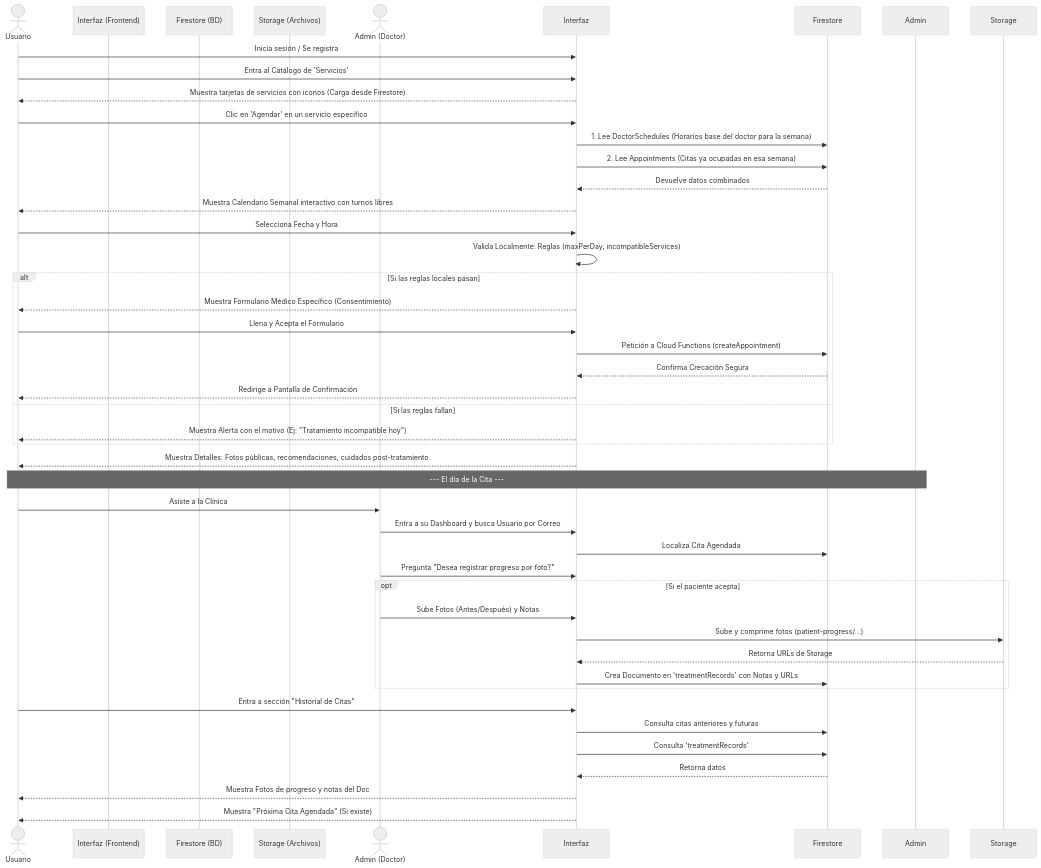
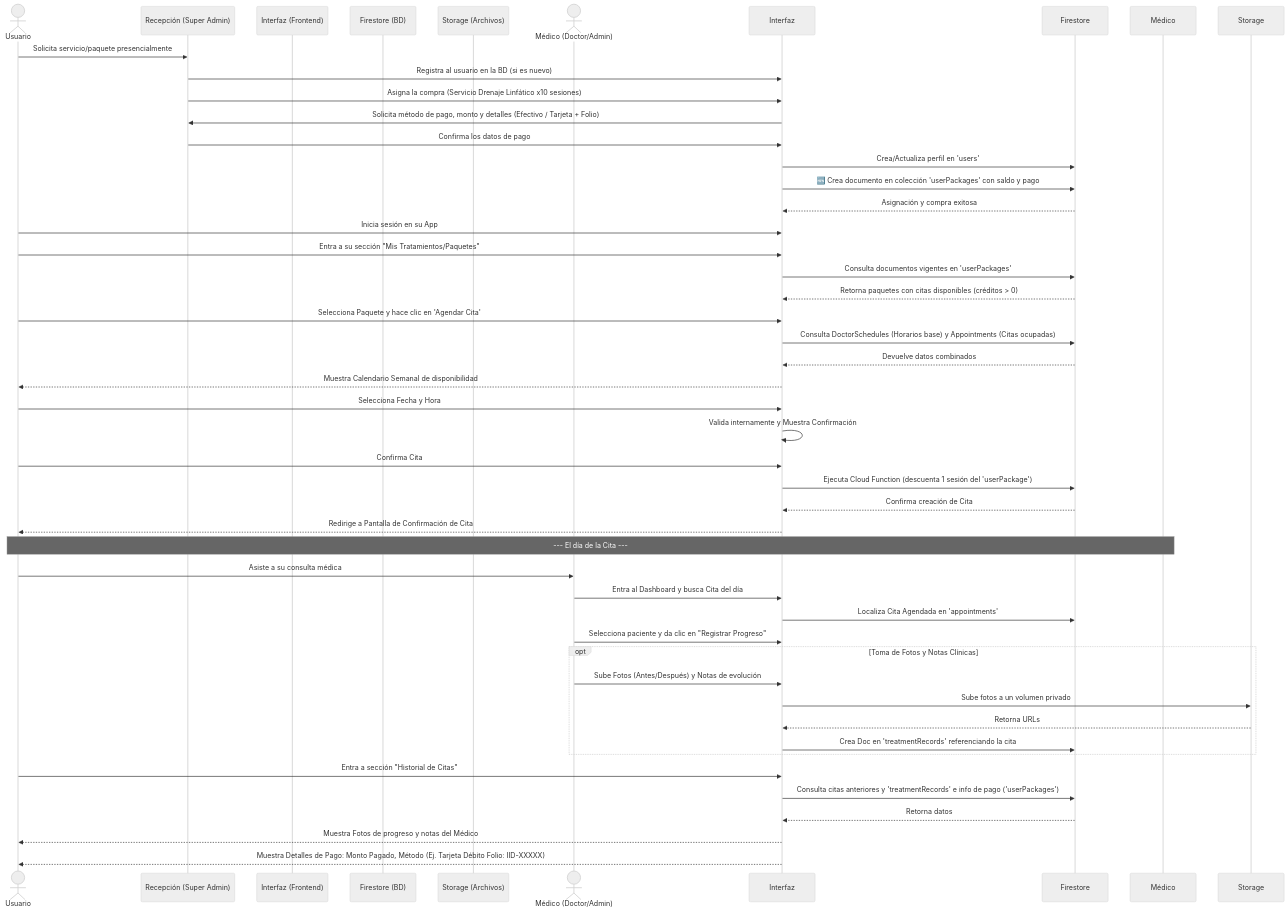
The diagram in Documentacion/flujo_citas_progreso.md (JEmmanuelL/ElanzaApp), drawn with Mermaid (neutral theme) before and after one commit. The commit also changed other lines of this file and 7 other files, not shown here.

````diff
--- a/Documentacion/flujo_citas_progreso.md
+++ b/Documentacion/flujo_citas_progreso.md
@@ -9,61 +47,59 @@
 ```mermaid
 sequenceDiagram
     actor Usuario
+    participant Recepción (Super Admin)
     participant Interfaz (Frontend)
     participant Firestore (BD)
     participant Storage (Archivos)
-    actor Admin (Doctor)
+    actor Médico (Doctor/Admin)
 
-    %% Registro y Selección de Servicio
-    Usuario->>Interfaz: Inicia sesión / Se registra
-    Usuario->>Interfaz: Entra al Catálogo de 'Servicios'
-    Interfaz-->>Usuario: Muestra tarjetas de servicios con iconos (Carga desde Firestore)
-    Usuario->>Interfaz: Clic en 'Agendar' en un servicio específico
+    %% 1. Registro y Compra en Recepción
+    Usuario->>Recepción (Super Admin): Solicita servicio/paquete presencialmente
+    Recepción (Super Admin)->>Interfaz: Registra al usuario en la BD (si es nuevo)
+    Recepción (Super Admin)->>Interfaz: Asigna la compra (Servicio Drenaje Linfático x10 sesiones)
+    Interfaz->>Recepción (Super Admin): Solicita método de pago, monto y detalles (Efectivo / Tarjeta + Folio)
+    Recepción (Super Admin)->>Interfaz: Confirma los datos de pago
+    Interfaz->>Firestore: Crea/Actualiza perfil en 'users'
+    Interfaz->>Firestore: 🆕 Crea documento en colección 'userPackages' con saldo y pago
+    Firestore-->>Interfaz: Asignación y compra exitosa
 
-    %% Visualización de Disponibilidad
-    Interfaz->>Firestore: 1. Lee DoctorSchedules (Horarios base del doctor para la semana)
-    Interfaz->>Firestore: 2. Lee Appointments (Citas ya ocupadas en esa semana)
+    %% 2. Agendamiento por parte del Usuario
+    Usuario->>Interfaz: Inicia sesión en su App
+    Usuario->>Interfaz: Entra a su sección "Mis Tratamientos/Paquetes"
+    Interfaz->>Firestore: Consulta documentos vigentes en 'userPackages'
+    Firestore-->>Interfaz: Retorna paquetes con citas disponibles (créditos > 0)
+    Usuario->>Interfaz: Selecciona Paquete y hace clic en 'Agendar Cita'
+    
+    Interfaz->>Firestore: Consulta DoctorSchedules (Horarios base) y Appointments (Citas ocupadas)
     Firestore-->>Interfaz: Devuelve datos combinados
-    Interfaz-->>Usuario: Muestra Calendario Semanal interactivo con turnos libres
+    Interfaz-->>Usuario: Muestra Calendario Semanal de disponibilidad
+    
+    Usuario->>Interfaz: Selecciona Fecha y Hora
+    Interfaz->>Interfaz: Valida internamente y Muestra Confirmación
+    Usuario->>Interfaz: Confirma Cita
+    Interfaz->>Firestore: Ejecuta Cloud Function (descuenta 1 sesión del 'userPackage')
+    Firestore-->>Interfaz: Confirma creación de Cita
+    Interfaz-->>Usuario: Redirige a Pantalla de Confirmación de Cita 
 
-    %% Selección y Validación
-    Usuario->>Interfaz: Selecciona Fecha y Hora
-    Interfaz->>Interfaz: Valida Localmente: Reglas (maxPerDay, incompatibleServices)
+    %% 3. Atención y Progreso
+    Note over Usuario, Médico: --- El día de la Cita ---
+    Usuario->>Médico (Doctor/Admin): Asiste a su consulta médica
     
-    alt Si las reglas locales pasan
-        Interfaz-->>Usuario: Muestra Formulario Médico Específico (Consentimiento)
-        Usuario->>Interfaz: Llena y Acepta el Formulario
-        Interfaz->>Firestore: Petición a Cloud Functions (createAppointment)
-        Firestore-->>Interfaz: Confirma Crecación Segura
-        Interfaz-->>Usuario: Redirige a Pantalla de Confirmación
-    else Si las reglas fallan
-        Interfaz-->>Usuario: Muestra Alerta con el motivo (Ej: "Tratamiento incompatible hoy")
+    Médico (Doctor/Admin)->>Interfaz: Entra al Dashboard y busca Cita del día
+    Interfaz->>Firestore: Localiza Cita Agendada en 'appointments'
+    Médico (Doctor/Admin)->>Interfaz: Selecciona paciente y da clic en "Registrar Progreso"
+    
+    opt Toma de Fotos y Notas Clínicas
+        Médico (Doctor/Admin)->>Interfaz: Sube Fotos (Antes/Después) y Notas de evolución
+        Interfaz->>Storage: Sube fotos a un volumen privado
+        Storage-->>Interfaz: Retorna URLs 
+        Interfaz->>Firestore: Crea Doc en 'treatmentRecords' referenciando la cita
     end
 
-    %% Pantalla de Confirmación
-    Interfaz-->>Usuario: Muestra Detalles: Fotos públicas, recomendaciones, cuidados post-tratamiento.
-
-    %% Día de la Cita real
-    Note over Usuario, Admin: --- El día de la Cita ---
-    Usuario->>Admin (Doctor): Asiste a la Clínica
-
-    %% Registro de Progreso (Admin Flow)
-    Admin (Doctor)->>Interfaz: Entra a su Dashboard y busca Usuario por Correo
-    Interfaz->>Firestore: Localiza Cita Agendada
-    Admin (Doctor)->>Interfaz: Pregunta "Desea registrar progreso por foto?"
-    
-    opt Si el paciente acepta
-        Admin (Doctor)->>Interfaz: Sube Fotos (Antes/Después) y Notas
-        Interfaz->>Storage: Sube y comprime fotos (patient-progress/...)
-        Storage-->>Interfaz: Retorna URLs de Storage
-        Interfaz->>Firestore: Crea Documento en 'treatmentRecords' con Notas y URLs
-    end
-
-    %% Visualización de Historial
+    %% 4. Historial del Paciente
     Usuario->>Interfaz: Entra a sección "Historial de Citas"
-    Interfaz->>Firestore: Consulta citas anteriores y futuras
-    Interfaz->>Firestore: Consulta 'treatmentRecords'
+    Interfaz->>Firestore: Consulta citas anteriores y 'treatmentRecords' e info de pago ('userPackages')
     Firestore-->>Interfaz: Retorna datos
-    Interfaz-->>Usuario: Muestra Fotos de progreso y notas del Doc
-    Interfaz-->>Usuario: Muestra "Próxima Cita Agendada" (Si existe)
+    Interfaz-->>Usuario: Muestra Fotos de progreso y notas del Médico
+    Interfaz-->>Usuario: Muestra Detalles de Pago: Monto Pagado, Método (Ej. Tarjeta Débito Folio: IID-XXXXX)
 ```
````
